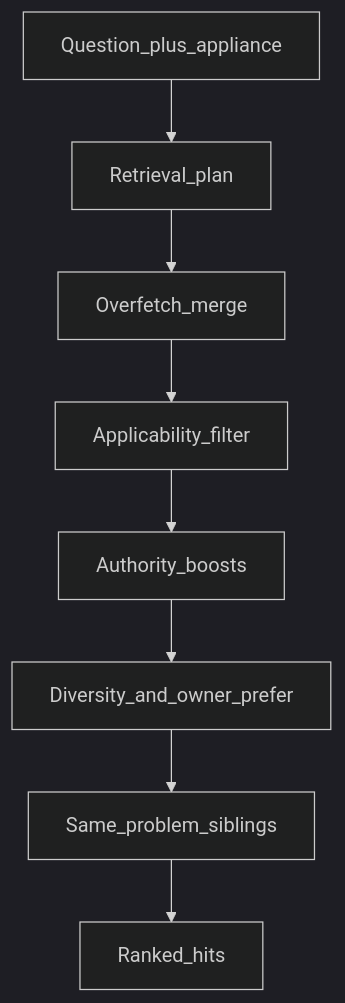
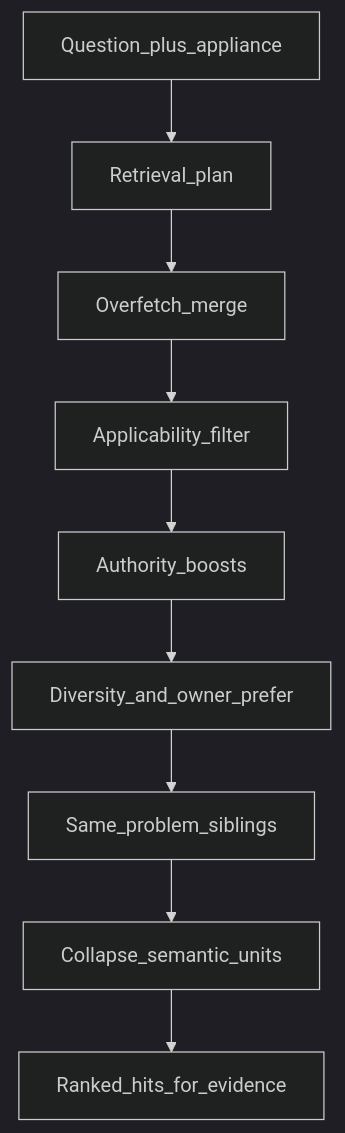
Before and after one commit to raghuram-chittibomma/ai-repair-assistant: the first of 4 diagrams in docs/architecture/04-retrieval.md, drawn with Mermaid (dark theme). The commit also changed other lines of this file, not shown here.

Commit message:
Document semantic unit retrieval and evidence-pack handoff in architecture 04.

````diff
--- a/docs/architecture/04-retrieval.md
+++ b/docs/architecture/04-retrieval.md
@@ -8,19 +13,21 @@
 ```mermaid
 flowchart TD
   q[Question_plus_appliance]
   plan[Retrieval_plan]
   fetch[Overfetch_merge]
   apply[Applicability_filter]
   boost[Authority_boosts]
   diversify[Diversity_and_owner_prefer]
   siblings[Same_problem_siblings]
-  out[Ranked_hits]
+  collapse[Collapse_semantic_units]
+  out[Ranked_hits_for_evidence]
 
   q --> plan
   plan --> fetch
   fetch --> apply
   apply --> boost
   boost --> diversify
   diversify --> siblings
-  siblings --> out
+  siblings --> collapse
+  collapse --> out
 ```
````
